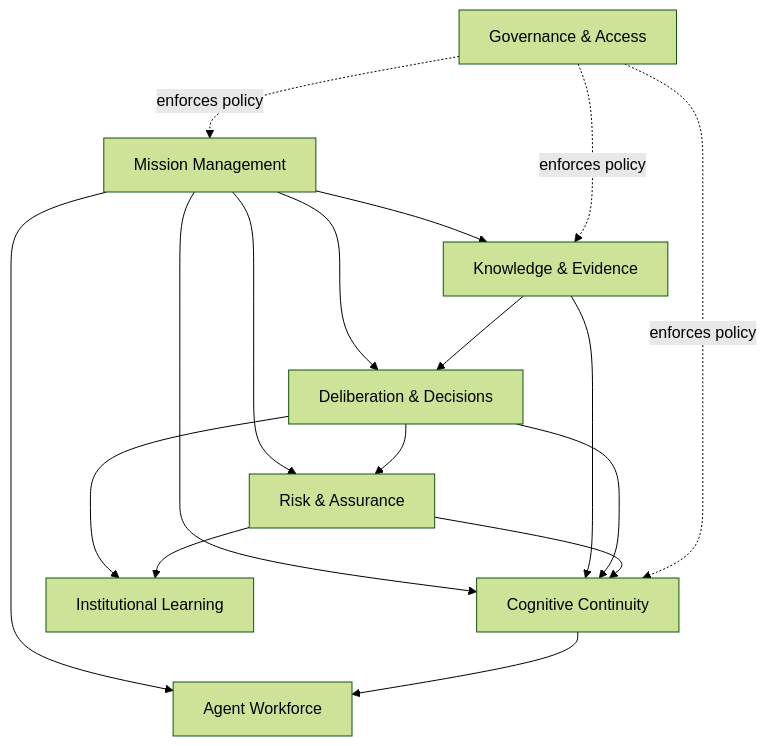
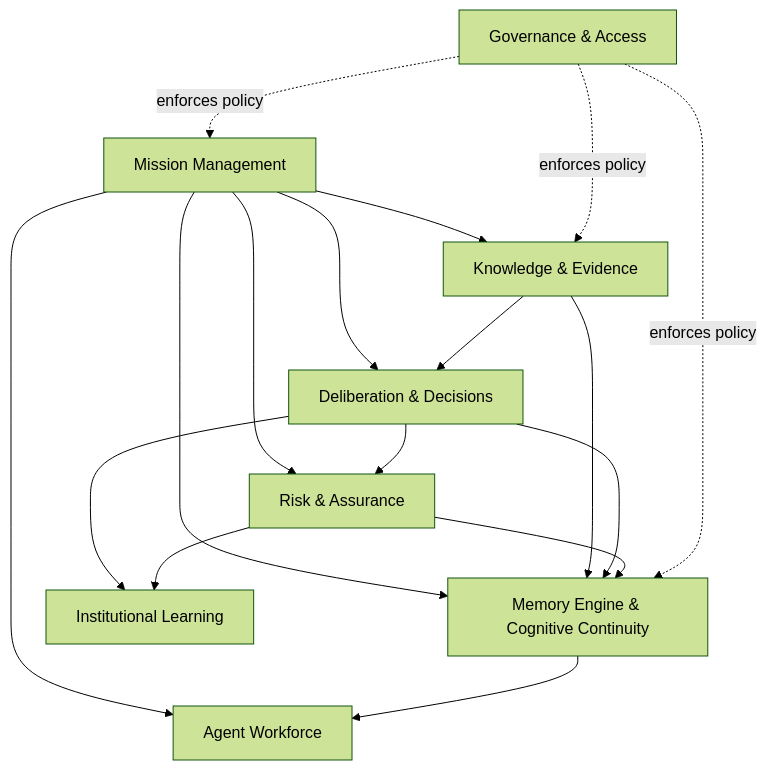
One commit to KingoSolo/continuum changed the diagram in docs/architecture/bounded-contexts.md. Above: the diagram before and after it, drawn with Mermaid (forest theme). The commit also changed other lines of this file and 11 other files, not shown here.

````diff
--- a/docs/architecture/bounded-contexts.md
+++ b/docs/architecture/bounded-contexts.md
@@ -9,28 +9,28 @@
 ```mermaid
 flowchart TB
   Mission[Mission Management]
   Workforce[Agent Workforce]
   Knowledge[Knowledge & Evidence]
   Deliberation[Deliberation & Decisions]
   Risk[Risk & Assurance]
-  Continuity[Cognitive Continuity]
+  Continuity[Memory Engine & Cognitive Continuity]
   Learning[Institutional Learning]
   Governance[Governance & Access]
 
   Mission --> Workforce
   Mission --> Knowledge
   Mission --> Deliberation
   Mission --> Risk
   Knowledge --> Deliberation
   Deliberation --> Risk
   Mission --> Continuity
   Knowledge --> Continuity
   Deliberation --> Continuity
   Risk --> Continuity
   Deliberation --> Learning
   Risk --> Learning
   Continuity --> Workforce
   Governance -.enforces policy.-> Mission
   Governance -.enforces policy.-> Continuity
   Governance -.enforces policy.-> Knowledge
 ```
````
